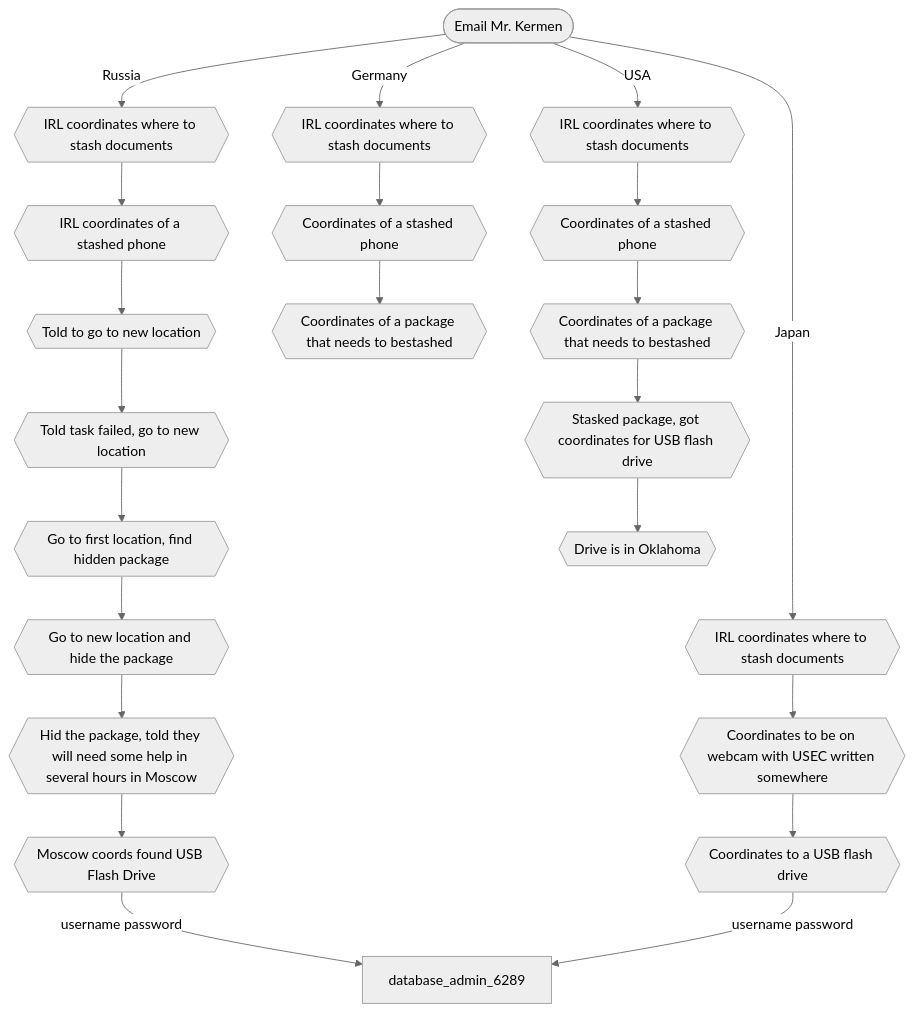
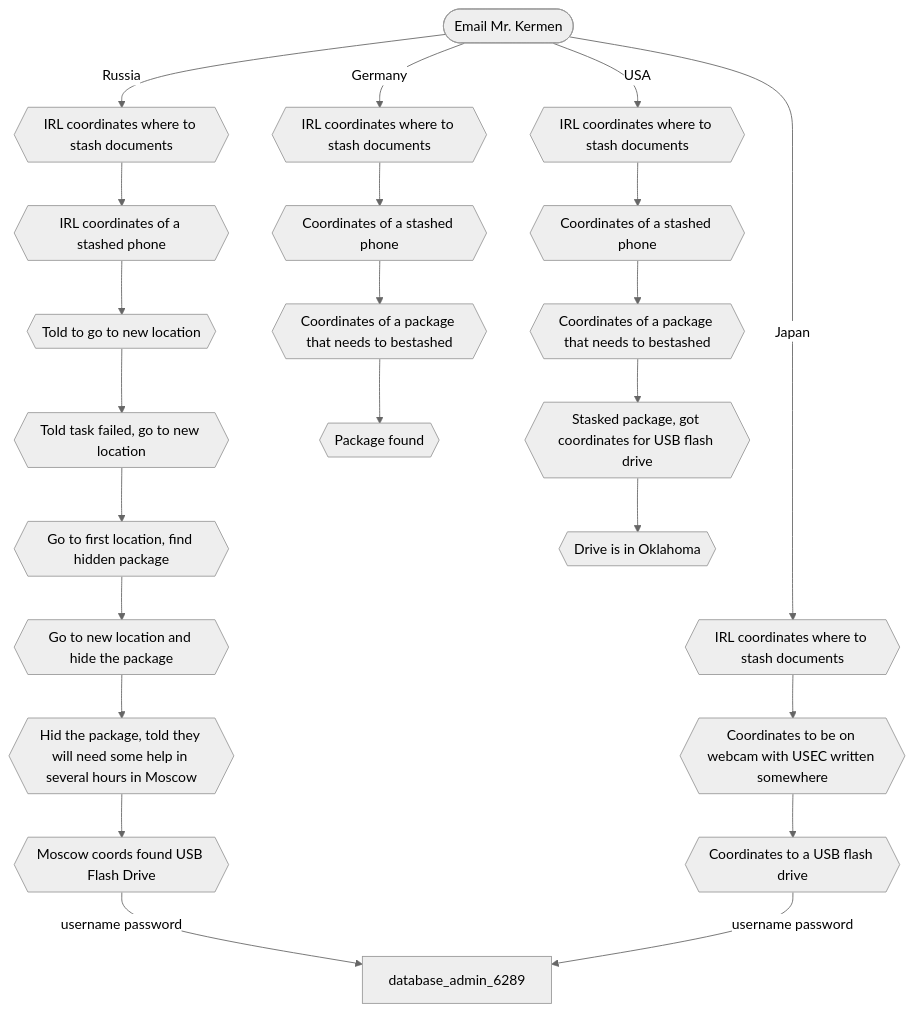
Before and after one commit to 3ncy/ARRS-s5: the diagram in irl2-tracker.md, drawn with Mermaid (neutral theme). The commit also changed other lines of this file, not shown here.

````diff
--- a/irl2-tracker.md
+++ b/irl2-tracker.md
@@ -4,27 +4,28 @@
 ```mermaid
 graph TD;
     email(["Email Mr. Kermen"]) --Russia--> irl2{{IRL coordinates where to stash documents}};
     irl2 --> irl3{{IRL coordinates of a stashed phone}};
     irl3 --> irl4{{Told to go to new location}};
     irl4 --> irl5{{Told task failed, go to new location}};
     irl5 --> irl6{{Go to first location, find hidden package}};
     irl6 --> irl7{{Go to new location and hide the package}};
     irl7 --> irl8{{Hid the package, told they will need some help in several hours in Moscow}};
     irl8 --> irl9{{Moscow coords found USB Flash Drive}};
     irl9 --username password--> database_admin_6289
 
     email(["Email Mr. Kermen"]) --Germany--> irle2{{IRL coordinates where to stash documents}};
     irle2 --> irle3{{Coordinates of a stashed phone}};
-    irle3 --> irle4{{Coordinates of a package that needs to bestashed}}
+    irle3 --> irle4{{Coordinates of a package that needs to bestashed}};
+    irle4 --> irle5{{Package found}};
 
     email(["Email Mr. Kermen"]) --USA--> irlu2{{IRL coordinates where to stash documents}};
     irlu2 --> irlu3{{Coordinates of a stashed phone}};
     irlu3 --> irlu4{{Coordinates of a package that needs to bestashed}};
     irlu4 --> irlu5{{Stasked package, got coordinates for USB flash drive}};
     irlu5 --> irlu6{{Drive is in Oklahoma}};
 
     email(["Email Mr. Kermen"]) --Japan--> irlj2{{IRL coordinates where to stash documents}};
     irlj2 --> irlj3{{Coordinates to be on webcam with USEC written somewhere}};
     irlj3 --> irlj4{{Coordinates to a USB flash drive}};
     irlj4 --username password--> database_admin_6289
 ```
````
